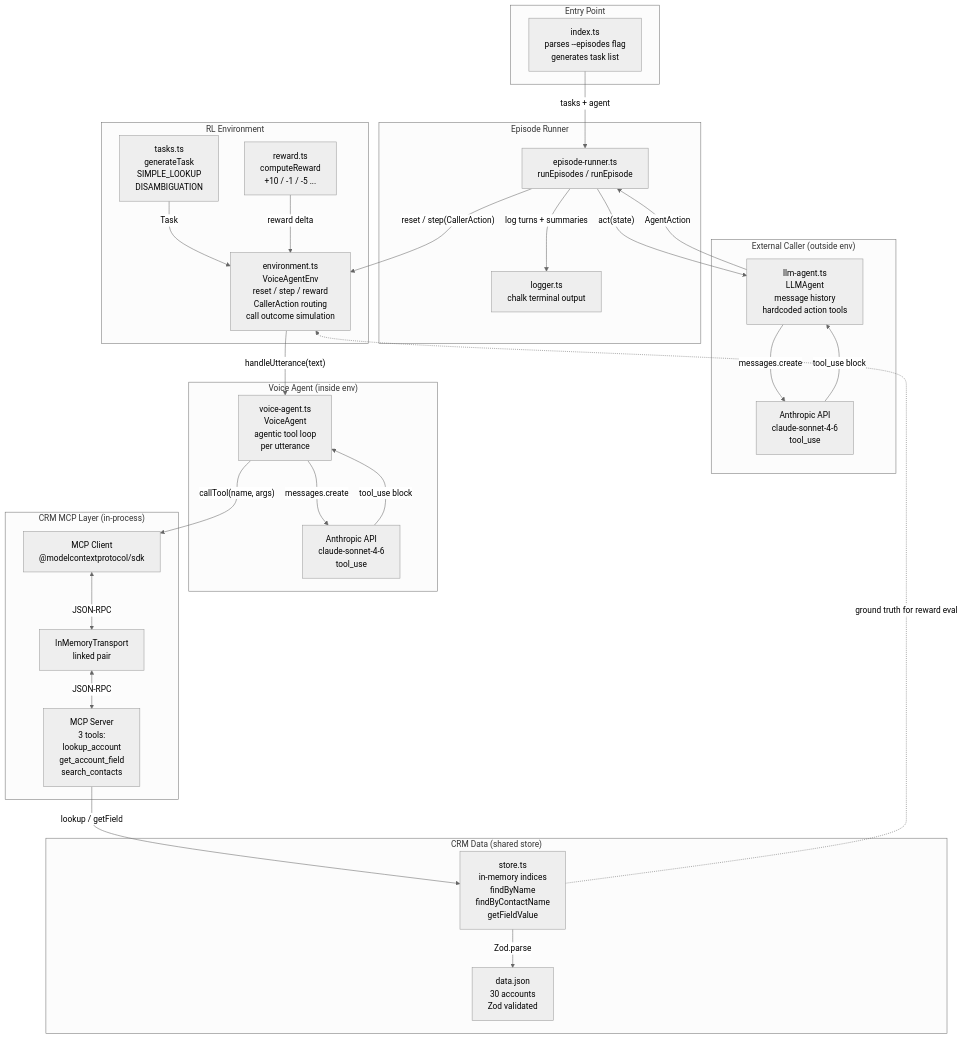
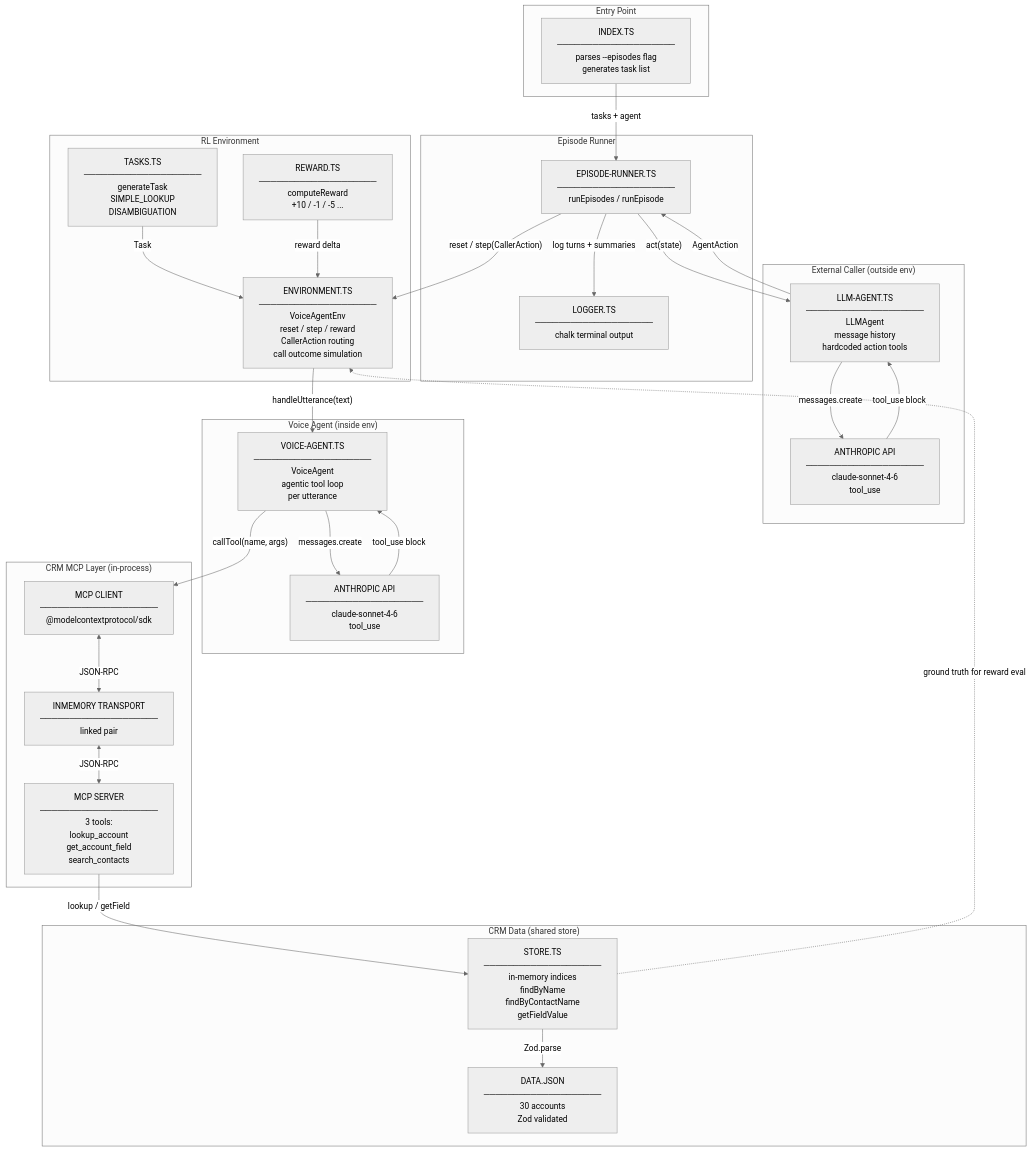
Before and after one commit to worktrial-chris-setian-fleet/voice-agent-env: the diagram in docs/architecture.mmd, drawn with Mermaid (neutral theme).

Commit message:
mermaid formatting

```diff
--- a/docs/architecture.mmd
+++ b/docs/architecture.mmd
@@ -1,96 +1,111 @@
 flowchart TD
     subgraph Entry["Entry Point"]
-        IDX["index.ts
+        IDX["INDEX.TS
+────────────────────
 parses --episodes flag
 generates task list"]
     end
 
     subgraph Runner["Episode Runner"]
-        ER["episode-runner.ts
+        ER["EPISODE-RUNNER.TS
+────────────────────
 runEpisodes / runEpisode"]
-        LOG["logger.ts
+        LOG["LOGGER.TS
+────────────────────
 chalk terminal output"]
     end
 
     subgraph CallerLayer["External Caller (outside env)"]
-        CALLER["llm-agent.ts
+        CALLER["LLM-AGENT.TS
+────────────────────
 LLMAgent
 message history
 hardcoded action tools"]
-        ANTHROPIC_C["Anthropic API
+        ANTHROPIC_C["ANTHROPIC API
+────────────────────
 claude-sonnet-4-6
 tool_use"]
     end
 
     subgraph EnvLayer["RL Environment"]
-        ENV["environment.ts
+        ENV["ENVIRONMENT.TS
+────────────────────
 VoiceAgentEnv
 reset / step / reward
 CallerAction routing
 call outcome simulation"]
-        TASKS["tasks.ts
+        TASKS["TASKS.TS
+────────────────────
 generateTask
 SIMPLE_LOOKUP
 DISAMBIGUATION"]
-        REWARD["reward.ts
+        REWARD["REWARD.TS
+────────────────────
 computeReward
 +10 / -1 / -5 ..."]
     end
 
     subgraph VoiceAgentLayer["Voice Agent (inside env)"]
-        VA["voice-agent.ts
+        VA["VOICE-AGENT.TS
+────────────────────
 VoiceAgent
 agentic tool loop
 per utterance"]
-        ANTHROPIC_V["Anthropic API
+        ANTHROPIC_V["ANTHROPIC API
+────────────────────
 claude-sonnet-4-6
 tool_use"]
     end
 
     subgraph MCPLayer["CRM MCP Layer (in-process)"]
-        CLIENT["MCP Client
+        CLIENT["MCP CLIENT
+────────────────────
 @modelcontextprotocol/sdk"]
-        TRANSPORT["InMemoryTransport
+        TRANSPORT["INMEMORY TRANSPORT
+────────────────────
 linked pair"]
-        SERVER["MCP Server
+        SERVER["MCP SERVER
+────────────────────
 3 tools:
 lookup_account
 get_account_field
 search_contacts"]
     end
 
     subgraph DataLayer["CRM Data (shared store)"]
-        STORE["store.ts
+        STORE["STORE.TS
+────────────────────
 in-memory indices
 findByName
 findByContactName
 getFieldValue"]
-        JSON["data.json
+        JSON["DATA.JSON
+────────────────────
 30 accounts
 Zod validated"]
     end
 
     IDX -->|"tasks + agent"| ER
     ER -->|"act(state)"| CALLER
     ER -->|"reset / step(CallerAction)"| ENV
     ER -->|"log turns + summaries"| LOG
 
     CALLER -->|"messages.create"| ANTHROPIC_C
     ANTHROPIC_C -->|"tool_use block"| CALLER
     CALLER -->|"AgentAction"| ER
 
     ENV -->|"handleUtterance(text)"| VA
     TASKS -->|"Task"| ENV
     REWARD -->|"reward delta"| ENV
 
     VA -->|"messages.create"| ANTHROPIC_V
     ANTHROPIC_V -->|"tool_use block"| VA
     VA -->|"callTool(name, args)"| CLIENT
 
     CLIENT <-->|"JSON-RPC"| TRANSPORT
     TRANSPORT <-->|"JSON-RPC"| SERVER
 
     SERVER -->|"lookup / getField"| STORE
     STORE -->|"Zod.parse"| JSON
 
     STORE -.->|"ground truth for reward eval"| ENV
```
